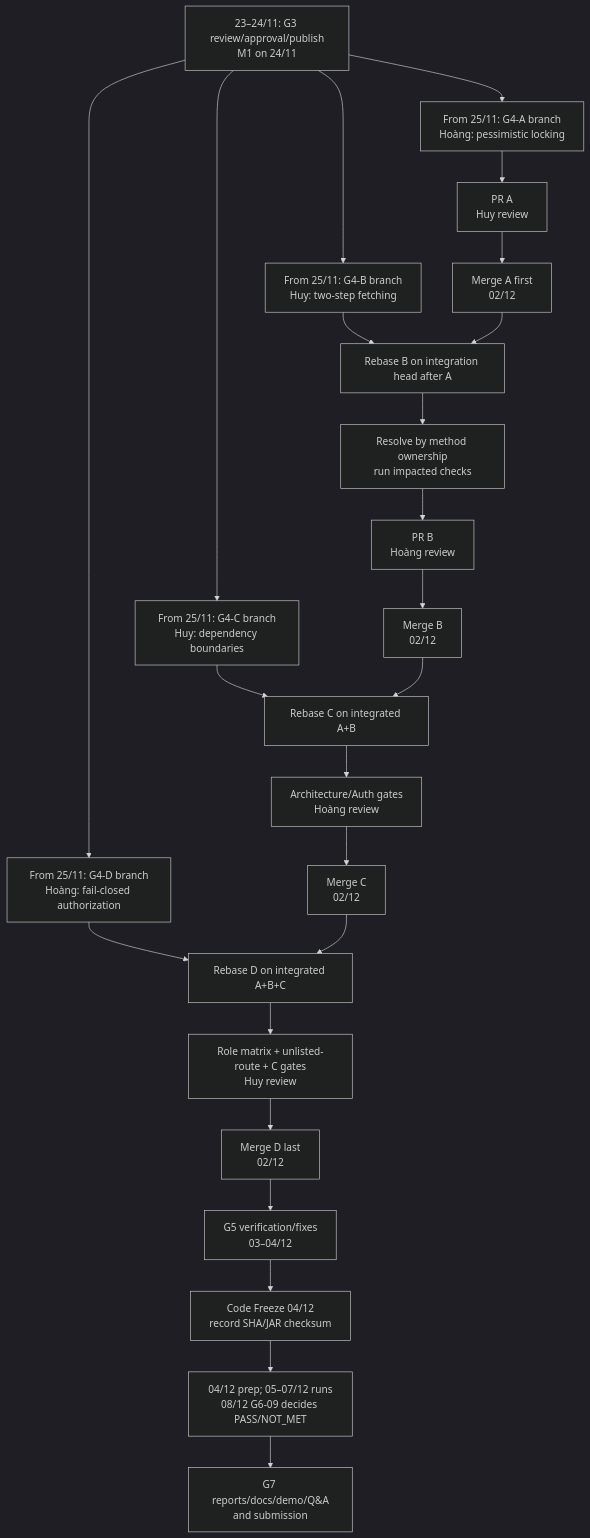
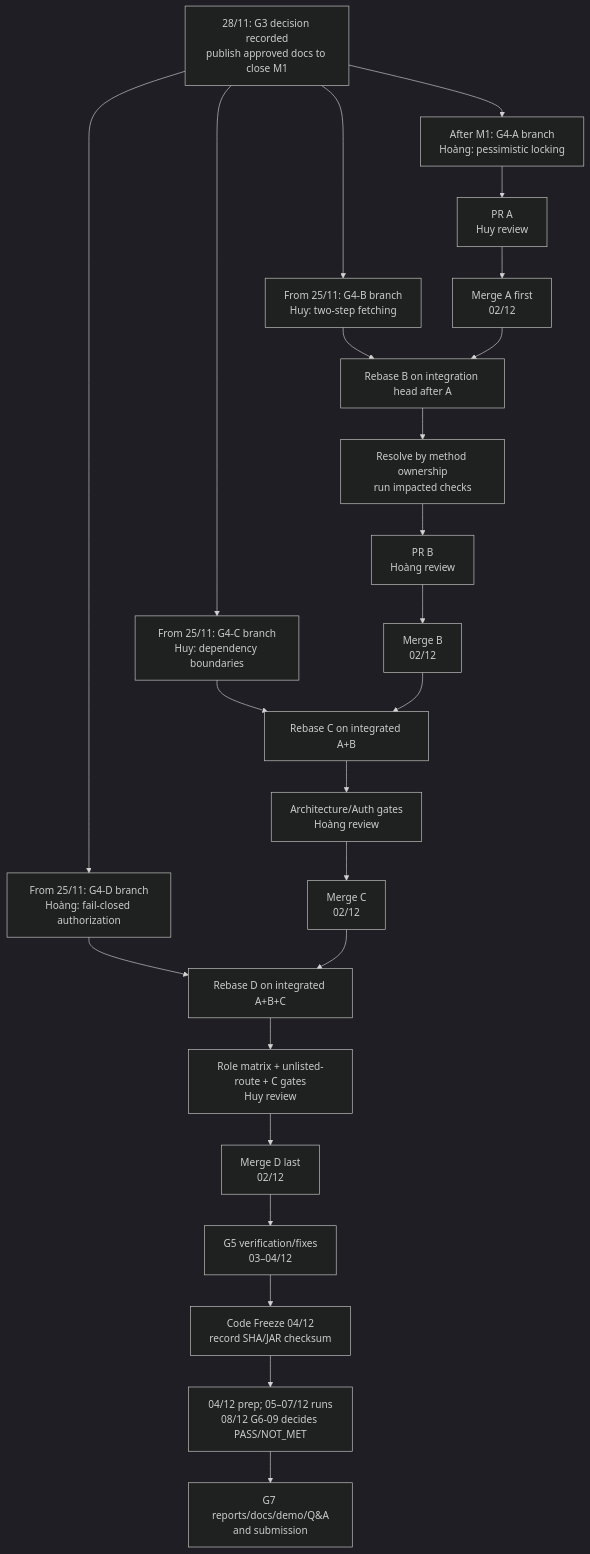
Before and after one commit to BuiHuy16/ByteMe-phase2: the diagram in docs/phase2/GIT_WORKFLOW.md, drawn with Mermaid (dark theme). The commit also changed other lines of this file and 7 other files, not shown here.

Commit message:
docs(g3): record architecture approval [G3-03]

````diff
--- a/docs/phase2/GIT_WORKFLOW.md
+++ b/docs/phase2/GIT_WORKFLOW.md
@@ -122,22 +122,22 @@
 ```mermaid
 flowchart TD
-    REVIEW["23–24/11: G3 review/approval/publish<br/>M1 on 24/11"] --> A["From 25/11: G4-A branch<br/>Hoàng: pessimistic locking"]
+    REVIEW["28/11: G3 decision recorded<br/>publish approved docs to close M1"] --> A["After M1: G4-A branch<br/>Hoàng: pessimistic locking"]
     REVIEW --> B["From 25/11: G4-B branch<br/>Huy: two-step fetching"]
     REVIEW --> C["From 25/11: G4-C branch<br/>Huy: dependency boundaries"]
     REVIEW --> D["From 25/11: G4-D branch<br/>Hoàng: fail-closed authorization"]
     A --> PRA["PR A<br/>Huy review"] --> MA["Merge A first<br/>02/12"]
     B --> REBASE["Rebase B on integration head after A"]
     MA --> REBASE
     REBASE --> CHECK["Resolve by method ownership<br/>run impacted checks"]
     CHECK --> PRB["PR B<br/>Hoàng review"] --> MB["Merge B<br/>02/12"]
     C --> REBASEC["Rebase C on integrated A+B"]
     MB --> REBASEC
     REBASEC --> PRC["Architecture/Auth gates<br/>Hoàng review"] --> MC["Merge C<br/>02/12"]
     D --> REBASED["Rebase D on integrated A+B+C"]
     MC --> REBASED
     REBASED --> PRD["Role matrix + unlisted-route + C gates<br/>Huy review"] --> MD["Merge D last<br/>02/12"]
     MD --> G5["G5 verification/fixes<br/>03–04/12"]
     G5 --> FREEZE["Code Freeze 04/12<br/>record SHA/JAR checksum"]
     FREEZE --> G6["04/12 prep; 05–07/12 runs<br/>08/12 G6-09 decides PASS/NOT_MET"]
     G6 --> G7["G7 reports/docs/demo/Q&A<br/>and submission"]
 ```
````
